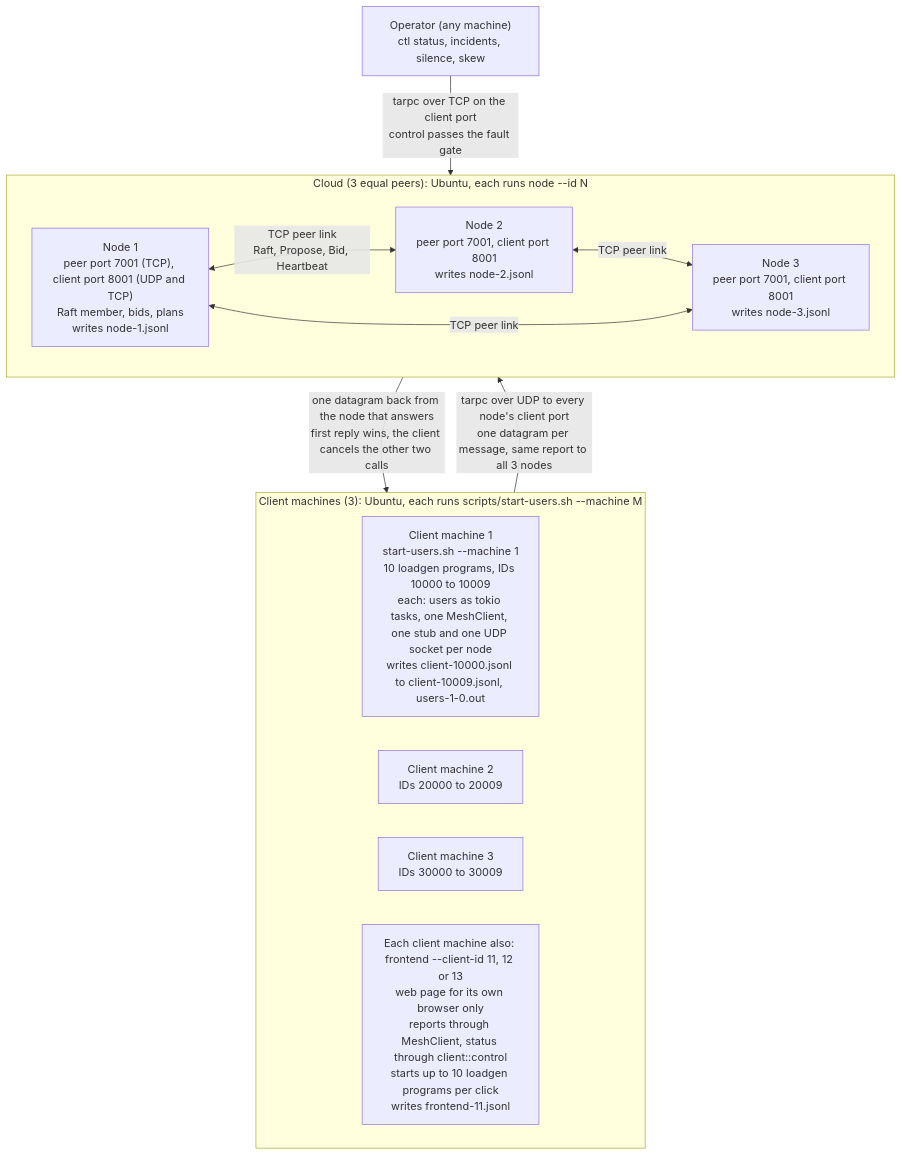
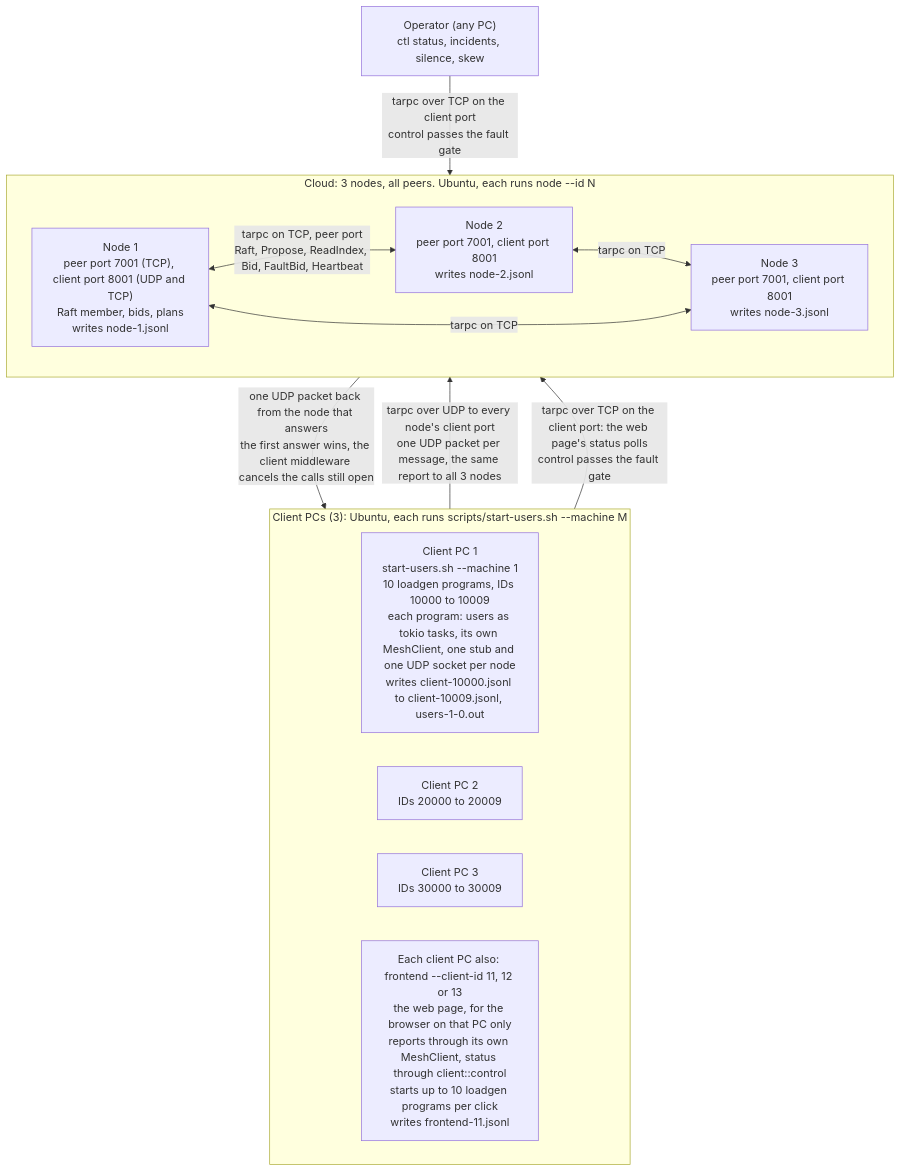
The second of 48 diagrams in docs/architecture.md (noortaytoy1/DistributedSystems), drawn with Mermaid before and after one commit. The commit also changed other lines of this file and 2 other files, not shown here.

First line of the commit message:
Apply the diagram review to the architecture docs (D231)

````diff
--- a/docs/architecture.md
+++ b/docs/architecture.md
@@ -164,23 +191,24 @@
 ```mermaid
 flowchart TB
-    subgraph CM["Client machines (3): Ubuntu, each runs scripts/start-users.sh --machine M"]
+    subgraph CM["Client PCs (3): Ubuntu, each runs scripts/start-users.sh --machine M"]
         direction LR
-        K1["Client machine 1<br/>start-users.sh --machine 1<br/>10 loadgen programs, IDs 10000 to 10009<br/>each: users as tokio tasks, one MeshClient, one stub and one UDP socket per node<br/>writes client-10000.jsonl to client-10009.jsonl, users-1-0.out"]
-        K2["Client machine 2<br/>IDs 20000 to 20009"]
-        K3["Client machine 3<br/>IDs 30000 to 30009"]
-        FE["Each client machine also: frontend --client-id 11, 12 or 13<br/>web page for its own browser only<br/>reports through MeshClient, status through client::control<br/>starts up to 10 loadgen programs per click<br/>writes frontend-11.jsonl"]
+        K1["Client PC 1<br/>start-users.sh --machine 1<br/>10 loadgen programs, IDs 10000 to 10009<br/>each program: users as tokio tasks, its own MeshClient, one stub and one UDP socket per node<br/>writes client-10000.jsonl to client-10009.jsonl, users-1-0.out"]
+        K2["Client PC 2<br/>IDs 20000 to 20009"]
+        K3["Client PC 3<br/>IDs 30000 to 30009"]
+        FE["Each client PC also: frontend --client-id 11, 12 or 13<br/>the web page, for the browser on that PC only<br/>reports through its own MeshClient, status through client::control<br/>starts up to 10 loadgen programs per click<br/>writes frontend-11.jsonl"]
     end
-    subgraph CL["Cloud (3 equal peers): Ubuntu, each runs node --id N"]
+    subgraph CL["Cloud: 3 nodes, all peers. Ubuntu, each runs node --id N"]
         direction LR
         N1["Node 1<br/>peer port 7001 (TCP), client port 8001 (UDP and TCP)<br/>Raft member, bids, plans<br/>writes node-1.jsonl"]
         N2["Node 2<br/>peer port 7001, client port 8001<br/>writes node-2.jsonl"]
         N3["Node 3<br/>peer port 7001, client port 8001<br/>writes node-3.jsonl"]
-        N1 <-->|"TCP peer link<br/>Raft, Propose, Bid, Heartbeat"| N2
-        N2 <-->|"TCP peer link"| N3
-        N1 <-->|"TCP peer link"| N3
+        N1 <-->|"tarpc on TCP, peer port<br/>Raft, Propose, ReadIndex, Bid, FaultBid, Heartbeat"| N2
+        N2 <-->|"tarpc on TCP"| N3
+        N1 <-->|"tarpc on TCP"| N3
     end
-    OP["Operator (any machine)<br/>ctl status, incidents, silence, skew"]
-    CM -->|"tarpc over UDP to every node's client port<br/>one datagram per message, same report to all 3 nodes"| CL
-    CL -->|"one datagram back from the node that answers<br/>first reply wins, the client cancels the other two calls"| CM
+    OP["Operator (any PC)<br/>ctl status, incidents, silence, skew"]
+    CM -->|"tarpc over UDP to every node's client port<br/>one UDP packet per message, the same report to all 3 nodes"| CL
+    CL -->|"one UDP packet back from the node that answers<br/>the first answer wins, the client middleware cancels the calls still open"| CM
+    CM -->|"tarpc over TCP on the client port: the web page's status polls<br/>control passes the fault gate"| CL
     OP -->|"tarpc over TCP on the client port<br/>control passes the fault gate"| CL
 ```
````
